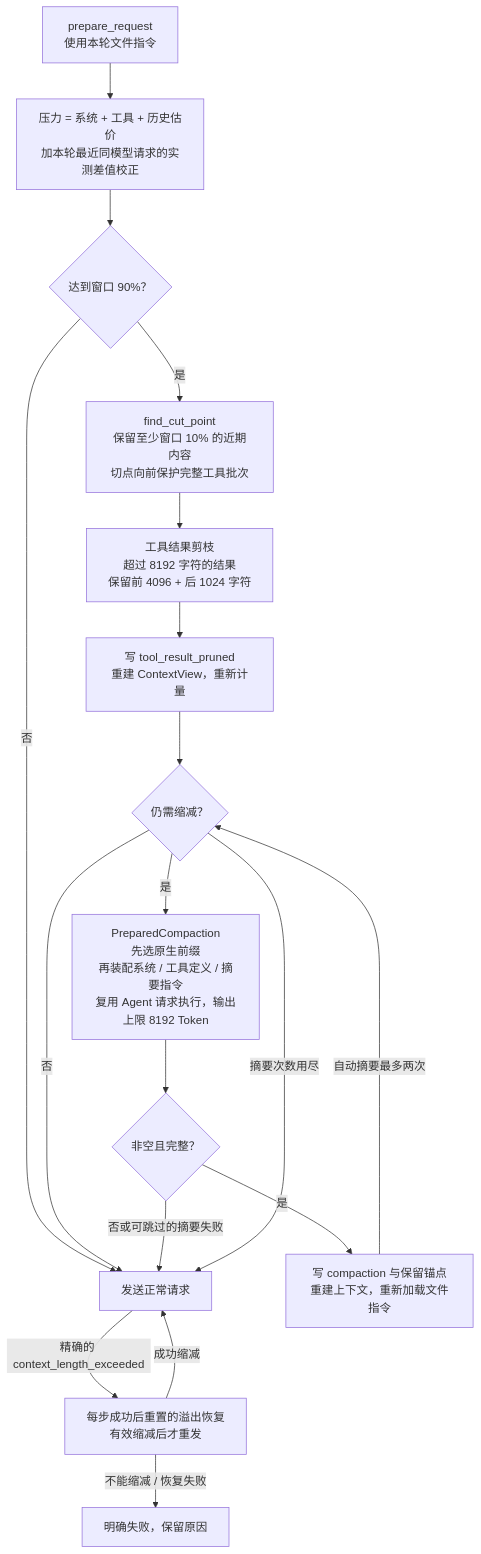
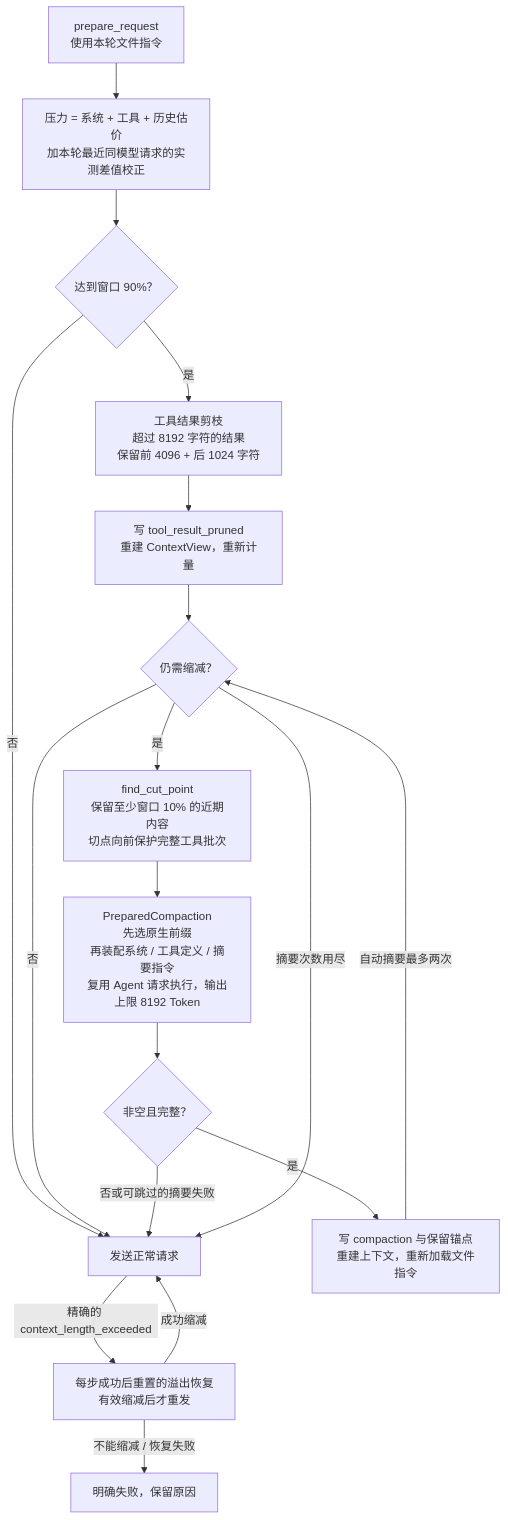
Before and after one commit to qjcnmd/singularity-agent: diagram 23 of 29 in docs/singularity.md, drawn with Mermaid. The commit also changed other lines of this file and 10 other files, not shown here.

````diff
--- a/docs/singularity.md
+++ b/docs/singularity.md
@@ -625,20 +626,20 @@
 ```mermaid
 flowchart TB
     Start["prepare_request<br/>使用本轮文件指令"] --> Estimate["压力 = 系统 + 工具 + 历史估价<br/>加本轮最近同模型请求的实测差值校正"]
     Estimate --> Pressure{"达到窗口 90%？"}
     Pressure -->|"否"| Send["发送正常请求"]
-    Pressure -->|"是"| Cut["find_cut_point<br/>保留至少窗口 10% 的近期内容<br/>切点向前保护完整工具批次"]
-    Cut --> Prune["工具结果剪枝<br/>超过 8192 字符的结果<br/>保留前 4096 + 后 1024 字符"]
+    Pressure -->|"是"| Prune["工具结果剪枝<br/>超过 8192 字符的结果<br/>保留前 4096 + 后 1024 字符"]
     Prune --> Measure["写 tool_result_pruned<br/>重建 ContextView，重新计量"]
     Measure --> Need{"仍需缩减？"}
     Need -->|"否"| Send
-    Need -->|"是"| Summary["PreparedCompaction<br/>先选原生前缀<br/>再装配系统 / 工具定义 / 摘要指令<br/>复用 Agent 请求执行，输出上限 8192 Token"]
+    Need -->|"是"| Cut["find_cut_point<br/>保留至少窗口 10% 的近期内容<br/>切点向前保护完整工具批次"]
+    Cut --> Summary["PreparedCompaction<br/>先选原生前缀<br/>再装配系统 / 工具定义 / 摘要指令<br/>复用 Agent 请求执行，输出上限 8192 Token"]
     Summary --> Valid{"非空且完整？"}
     Valid -->|"是"| Commit["写 compaction 与保留锚点<br/>重建上下文，重新加载文件指令"]
     Commit -->|"自动摘要最多两次"| Need
     Valid -->|"否或可跳过的摘要失败"| Send
     Need -->|"摘要次数用尽"| Send
     Send -->|"精确的 context_length_exceeded"| Forced["每步成功后重置的溢出恢复<br/>有效缩减后才重发"]
     Forced -->|"成功缩减"| Send
     Forced -->|"不能缩减 / 恢复失败"| Error["明确失败，保留原因"]
 ```
````
